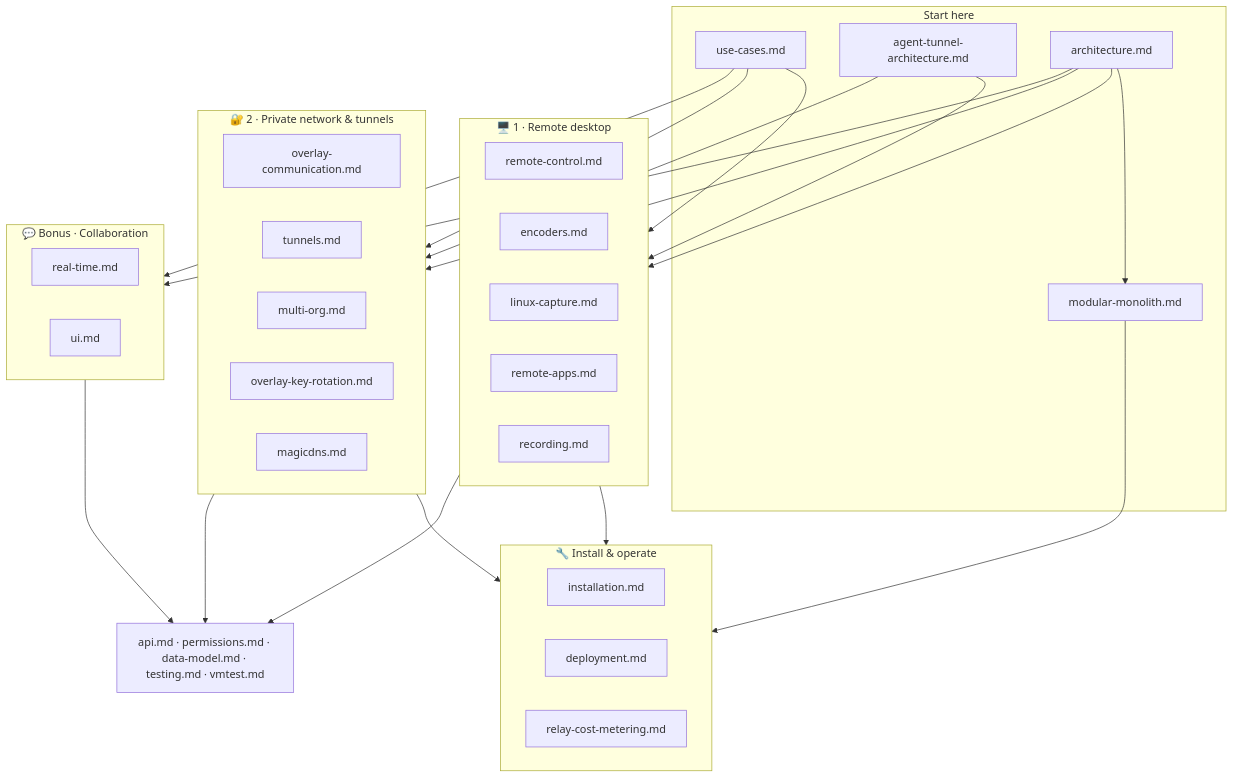
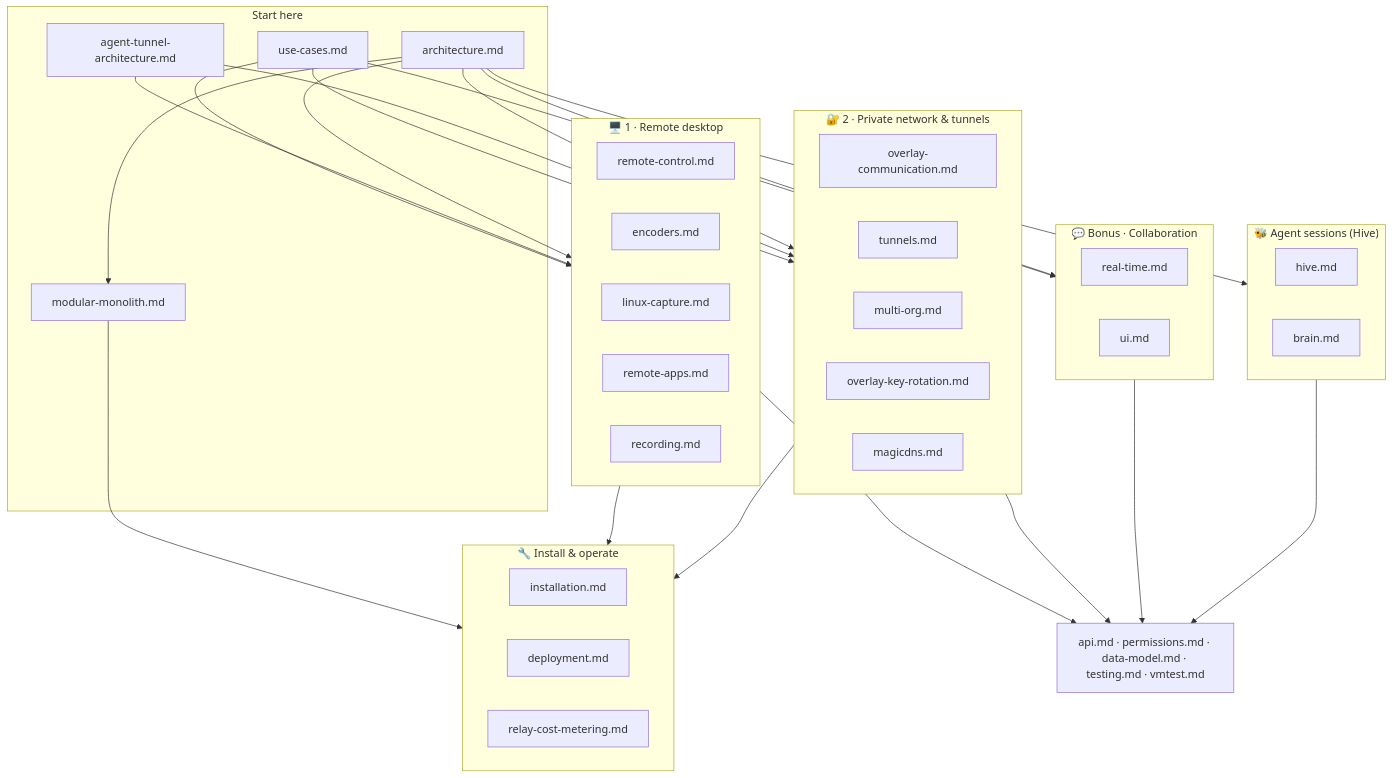
The diagram in docs/README.md (gjovanov/roomler-ai), drawn with Mermaid before and after one commit. The commit also changed other lines of this file and 3 other files, not shown here.

First line of the commit message:
docs(fr-90): docs/hive.md and docs/brain.md — agent sessions and the brain, as built (#1827)

````diff
--- a/docs/README.md
+++ b/docs/README.md
@@ -24,46 +24,52 @@
 ```mermaid
 flowchart TB
     subgraph entry["Start here"]
         UC["use-cases.md"]
         ATA["agent-tunnel-architecture.md"]
         ARCH["architecture.md"]
         MM["modular-monolith.md"]
     end
 
     subgraph rd["🖥️ 1 · Remote desktop"]
         RC["remote-control.md"]
         ENC["encoders.md"]
         LCAP["linux-capture.md"]
         RAPP["remote-apps.md"]
         REC["recording.md"]
     end
 
     subgraph net["🔐 2 · Private network & tunnels"]
         OC["overlay-communication.md"]
         TUN["tunnels.md"]
         MO["multi-org.md"]
         OKR["overlay-key-rotation.md"]
         MDNS["magicdns.md"]
     end
 
     subgraph collab["💬 Bonus · Collaboration"]
         RT["real-time.md"]
         UIX["ui.md"]
     end
 
+    subgraph hive["🐝 Agent sessions (Hive)"]
+        HIVE["hive.md"]
+        BRAIN["brain.md"]
+    end
+
     subgraph ops["🔧 Install & operate"]
         INST["installation.md"]
         DEP["deployment.md"]
         RCM["relay-cost-metering.md"]
     end
 
     REF["api.md · permissions.md · data-model.md · testing.md · vmtest.md"]
 
     UC --> rd & net & collab
     ATA --> rd & net
     ARCH --> rd & net & collab
     ARCH --> MM
+    ARCH --> hive
     MM --> ops
     rd & net --> ops
-    rd & net & collab --> REF
+    rd & net & collab & hive --> REF
 ```
````
